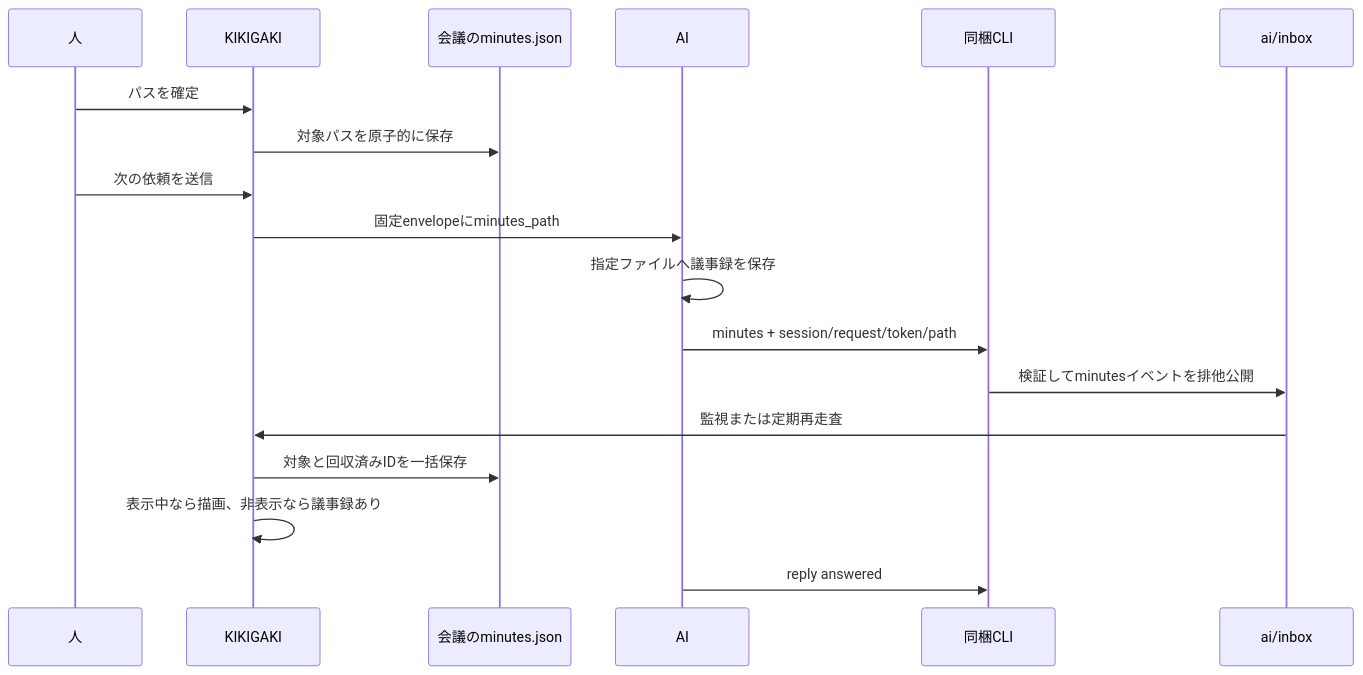
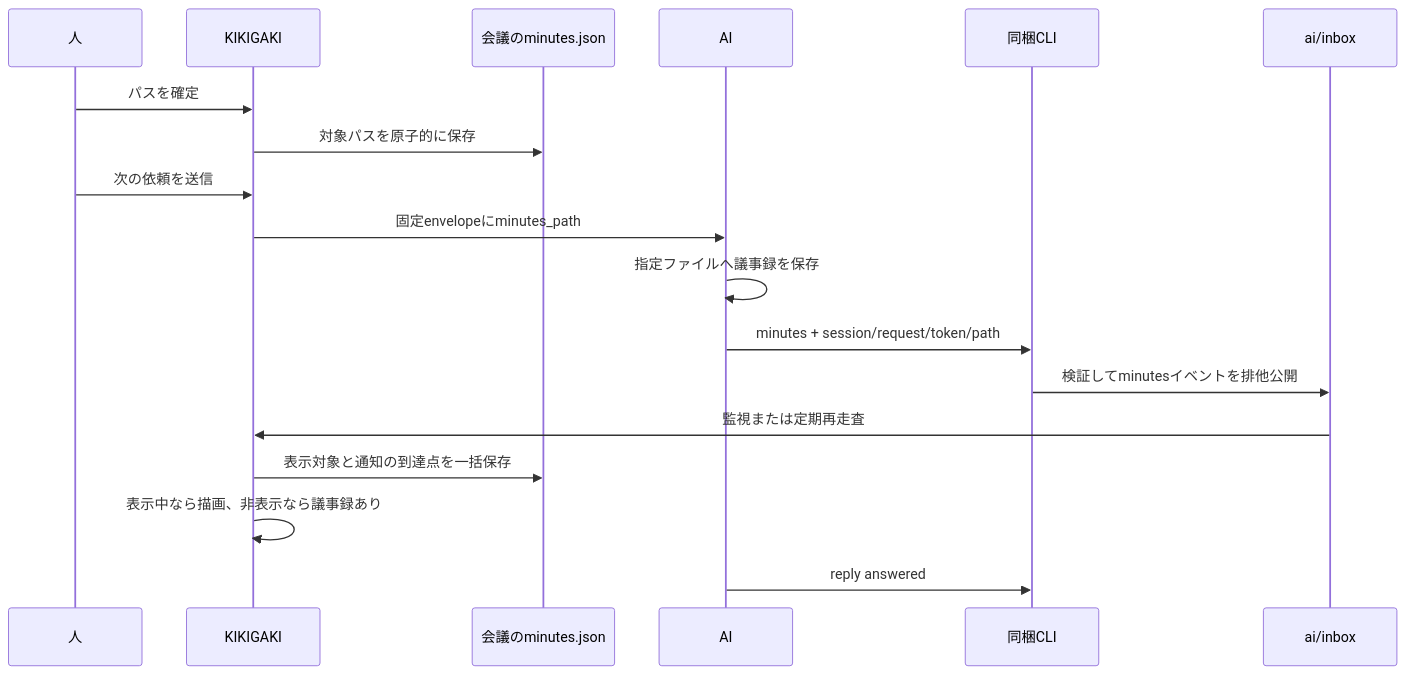
Before and after one commit to tadashi-aikawa/kikigaki: the diagram in docs/minutes-preview.md, drawn with Mermaid. The commit also changed other lines of this file, not shown here.

````diff
--- a/docs/minutes-preview.md
+++ b/docs/minutes-preview.md
@@ -32,20 +32,20 @@
 ```mermaid
 sequenceDiagram
     participant H as 人
     participant A as KIKIGAKI
     participant S as 会議のminutes.json
     participant I as AI
     participant C as 同梱CLI
     participant B as ai/inbox
     H->>A: パスを確定
     A->>S: 対象パスを原子的に保存
     H->>A: 次の依頼を送信
     A->>I: 固定envelopeにminutes_path
     I->>I: 指定ファイルへ議事録を保存
     I->>C: minutes + session/request/token/path
     C->>B: 検証してminutesイベントを排他公開
     B->>A: 監視または定期再走査
-    A->>S: 対象と回収済みIDを一括保存
+    A->>S: 表示対象と通知の到達点を一括保存
     A->>A: 表示中なら描画、非表示なら議事録あり
     I->>C: reply answered
 ```
````
